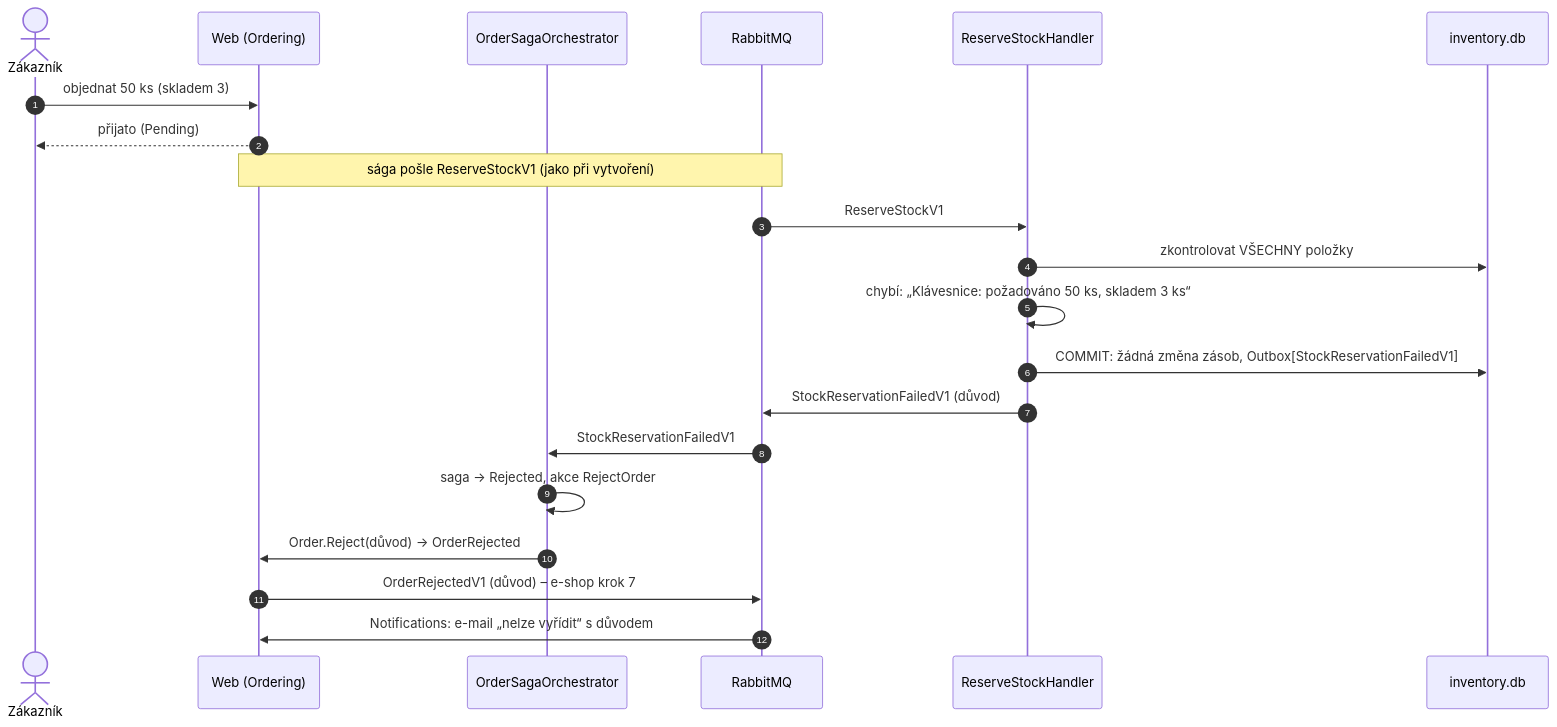
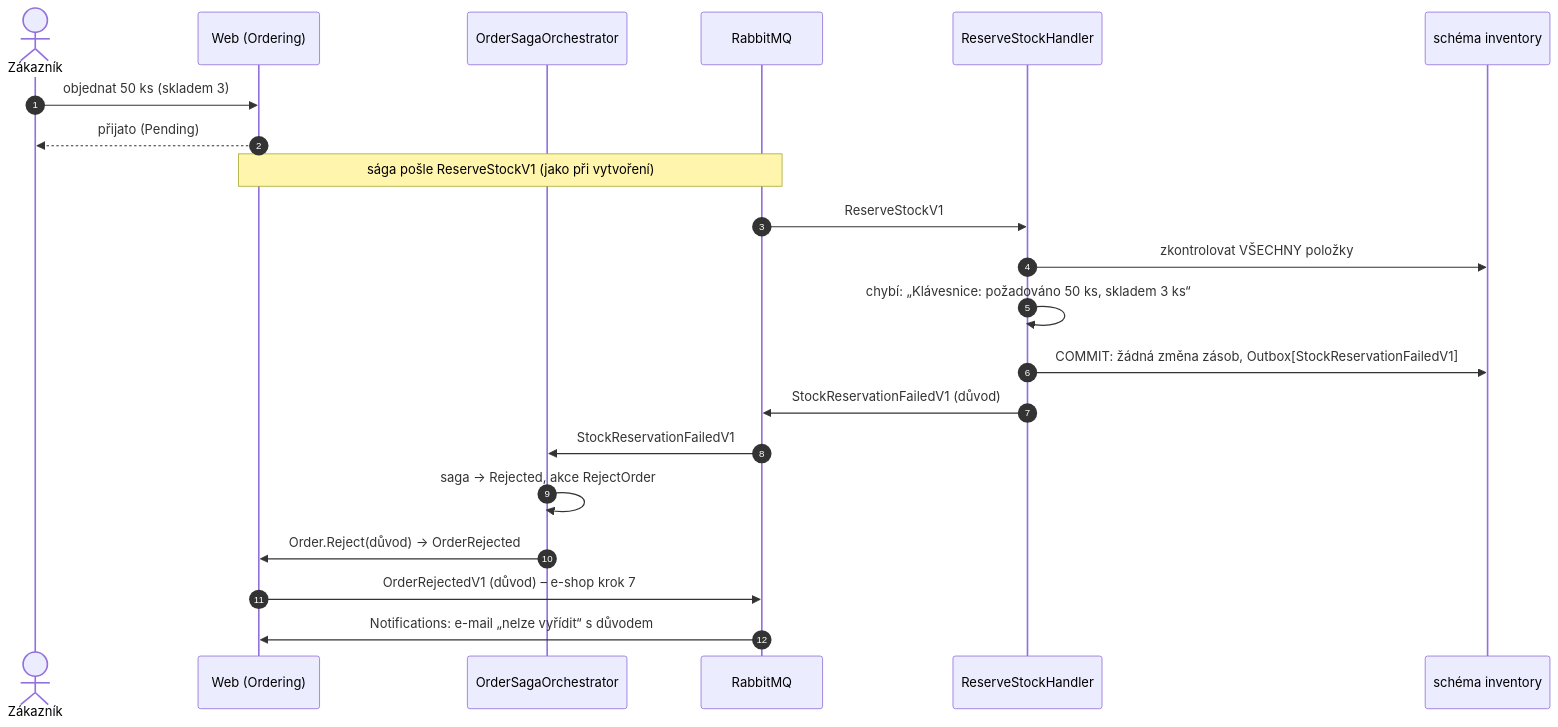
The diagram in docs/prirucka/toky/zamitnuti-objednavky.md (ftichy/MiniShop), drawn with Mermaid before and after one commit. The commit also changed 248 other files, not shown here.

````diff
--- a/docs/prirucka/toky/zamitnuti-objednavky.md
+++ b/docs/prirucka/toky/zamitnuti-objednavky.md
@@ -10,24 +10,24 @@
 ```mermaid
 sequenceDiagram
     autonumber
     actor Z as Zákazník
     participant W as Web (Ordering)
     participant SG as OrderSagaOrchestrator
     participant MQ as RabbitMQ
     participant RH as ReserveStockHandler
-    participant IDB as inventory.db
+    participant IDB as schéma inventory
 
     Z->>W: objednat 50 ks (skladem 3)
     W-->>Z: přijato (Pending)
     Note over W,MQ: sága pošle ReserveStockV1 (jako při vytvoření)
     MQ->>RH: ReserveStockV1
     RH->>IDB: zkontrolovat VŠECHNY položky
     RH->>RH: chybí: „Klávesnice: požadováno 50 ks, skladem 3 ks“
     RH->>IDB: COMMIT: žádná změna zásob, Outbox[StockReservationFailedV1]
     RH->>MQ: StockReservationFailedV1 (důvod)
     MQ->>SG: StockReservationFailedV1
     SG->>SG: saga → Rejected, akce RejectOrder
     SG->>W: Order.Reject(důvod) → OrderRejected
     W->>MQ: OrderRejectedV1 (důvod) – e-shop krok 7
     MQ->>W: Notifications: e-mail „nelze vyřídit“ s důvodem
 ```
````
